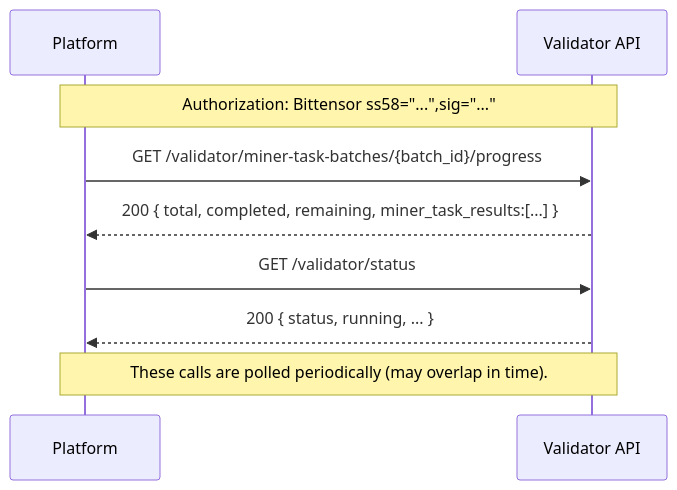
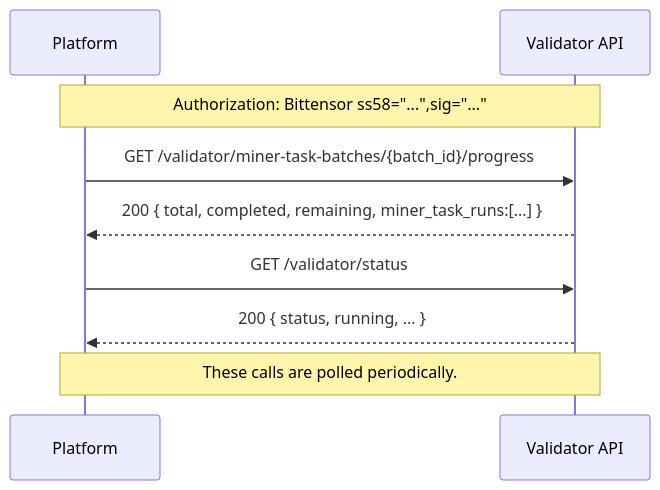
Before and after one commit to caster-hub/caster: the fifth of 7 diagrams in docs/api/flows.md, drawn with Mermaid. The commit also changed other lines of this file and 94 other files, not shown here.

````diff
--- a/docs/api/flows.md
+++ b/docs/api/flows.md
@@ -121,14 +121,14 @@
 ```mermaid
 sequenceDiagram
   participant P as Platform
   participant V as Validator API
 
   Note over P,V: Authorization: Bittensor ss58="...",sig="..."
   P->>V: GET /validator/miner-task-batches/{batch_id}/progress
-  V-->>P: 200 { total, completed, remaining, miner_task_results:[...] }
+  V-->>P: 200 { total, completed, remaining, miner_task_runs:[...] }
 
   P->>V: GET /validator/status
   V-->>P: 200 { status, running, ... }
 
-  Note over P,V: These calls are polled periodically (may overlap in time).
+  Note over P,V: These calls are polled periodically.
 ```
````
